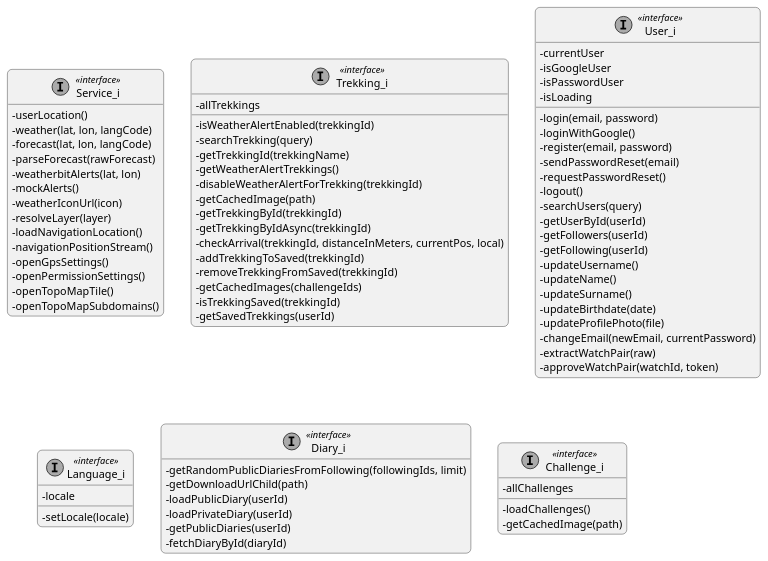
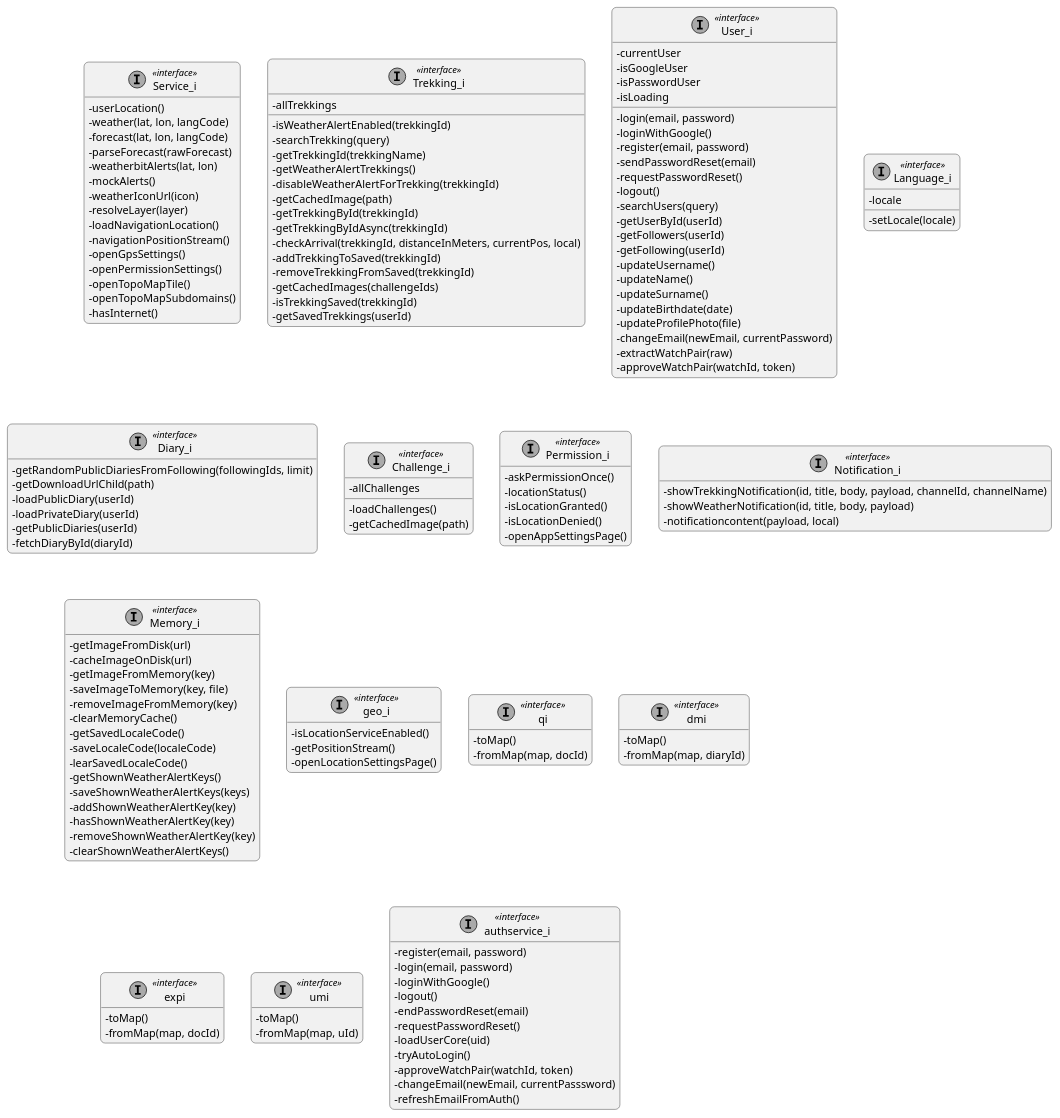
The diagram in documentation/Diagrams/interfacediagramsmartphone2.puml (SofiaTerracciano/Triplo), drawn with PlantUML before and after one commit. The commit also changed 10 other files, not shown here.

Commit message:
interface diagram description

```diff
--- a/documentation/Diagrams/interfacediagramsmartphone2.puml
+++ b/documentation/Diagrams/interfacediagramsmartphone2.puml
@@ -1,89 +1,163 @@
 @startuml
 skinparam classAttributeIconSize 0
 skinparam shadowing false
 skinparam linetype ortho
 skinparam roundcorner 12
 
 hide empty members
 
 class "Service_i"  << (I,#aaaaaa) >> <<interface>> {
   - userLocation()
   - weather(lat, lon, langCode)
   - forecast(lat, lon, langCode)
   - parseForecast(rawForecast)
   - weatherbitAlerts(lat, lon)
   - mockAlerts()
   - weatherIconUrl(icon)
   - resolveLayer(layer)
   - loadNavigationLocation()
   - navigationPositionStream()
   - openGpsSettings()
   - openPermissionSettings()
   - openTopoMapTile()
   - openTopoMapSubdomains()
+  - hasInternet()
 }
 
 class "Trekking_i" as TrekkingI << (I,#aaaaaa) >> <<interface>> {
   - allTrekkings
   - isWeatherAlertEnabled(trekkingId)
   - searchTrekking(query)
   - getTrekkingId(trekkingName)
   - getWeatherAlertTrekkings()
   - disableWeatherAlertForTrekking(trekkingId)
   - getCachedImage(path)
   - getTrekkingById(trekkingId)
   - getTrekkingByIdAsync(trekkingId)
   - checkArrival(trekkingId, distanceInMeters, currentPos, local)
   - addTrekkingToSaved(trekkingId)
   - removeTrekkingFromSaved(trekkingId)
   - getCachedImages(challengeIds)
   - isTrekkingSaved(trekkingId)
   - getSavedTrekkings(userId)
 }
 
 class "User_i" as UserI << (I,#aaaaaa) >> <<interface>> {
   - login(email, password)
   - loginWithGoogle()
   - register(email, password)
   - sendPasswordReset(email)
   - requestPasswordReset()
   - logout()
   - searchUsers(query)
   - getUserById(userId)
   - getFollowers(userId)
   - getFollowing(userId)
   - updateUsername()
   - updateName()
   - updateSurname()
   - updateBirthdate(date)
   - updateProfilePhoto(file)
   - changeEmail(newEmail, currentPassword)
   - extractWatchPair(raw)
   - approveWatchPair(watchId, token)
   - currentUser
   - isGoogleUser
   - isPasswordUser
   - isLoading
 }
 
 class "Language_i" as LanguageI << (I,#aaaaaa) >> <<interface>> {
   - locale
   - setLocale(locale)
 }
 
 class "Diary_i" as DiaryI << (I,#aaaaaa) >> <<interface>> {
   - getRandomPublicDiariesFromFollowing(followingIds, limit)
   - getDownloadUrlChild(path)
   - loadPublicDiary(userId)
   - loadPrivateDiary(userId)
   - getPublicDiaries(userId)
   - fetchDiaryById(diaryId)
 }
 
 class "Challenge_i" as ChallengeI << (I,#aaaaaa) >> <<interface>> {
   - loadChallenges()
   - allChallenges
   - getCachedImage(path)
 }
 
+class "Permission_i" as PermissionI << (I,#aaaaaa) >> <<interface>> {
+  - askPermissionOnce()
+  - locationStatus()
+  - isLocationGranted()
+  - isLocationDenied()
+  - openAppSettingsPage()
+}
+
+class "Notification_i" as NotificationI << (I,#aaaaaa) >> <<interface>> {
+  - showTrekkingNotification(id, title, body, payload, channelId, channelName)
+  - showWeatherNotification(id, title, body, payload)
+  - notificationcontent(payload, local)
+}
+
+class "Memory_i" as MemoryI << (I,#aaaaaa) >> <<interface>> {
+  - getImageFromDisk(url)
+  - cacheImageOnDisk(url) 
+  - getImageFromMemory(key)
+  - saveImageToMemory(key, file)
+  - removeImageFromMemory(key)
+  - clearMemoryCache()
+  - getSavedLocaleCode()
+  - saveLocaleCode(localeCode)
+  - learSavedLocaleCode()
+  - getShownWeatherAlertKeys() 
+  - saveShownWeatherAlertKeys(keys)
+  - addShownWeatherAlertKey(key)
+  - hasShownWeatherAlertKey(key)
+  - removeShownWeatherAlertKey(key)
+  - clearShownWeatherAlertKeys() 
+}
+
+class "geo_i" as geoI << (I,#aaaaaa) >> <<interface>> {
+  - isLocationServiceEnabled()
+  - getPositionStream() 
+  - openLocationSettingsPage()
+}
+
+class "qi" as qI << (I,#aaaaaa) >> <<interface>> {
+  - toMap()
+  - fromMap(map, docId)
+}
+
+class "dmi" as dmI << (I,#aaaaaa) >> <<interface>> {
+  - toMap()
+  - fromMap(map, diaryId)
+}
+
+class "expi" as expI << (I,#aaaaaa) >> <<interface>> {
+  - toMap()
+  - fromMap(map, docId)
+}
+
+class "umi" as umI << (I,#aaaaaa) >> <<interface>> {
+  - toMap()
+  - fromMap(map, uId)
+}
+
+class "authservice_i" as authserviceI << (I,#aaaaaa) >> <<interface>> {
+  - register(email, password)
+  - login(email, password) 
+  - loginWithGoogle() 
+  - logout()
+  - endPasswordReset(email)
+  - requestPasswordReset()
+  - loadUserCore(uid)
+  - tryAutoLogin()
+  - approveWatchPair(watchId, token)
+  - changeEmail(newEmail, currentPasssword)
+  - refreshEmailFromAuth() 
+}
+
+
 @enduml
```
